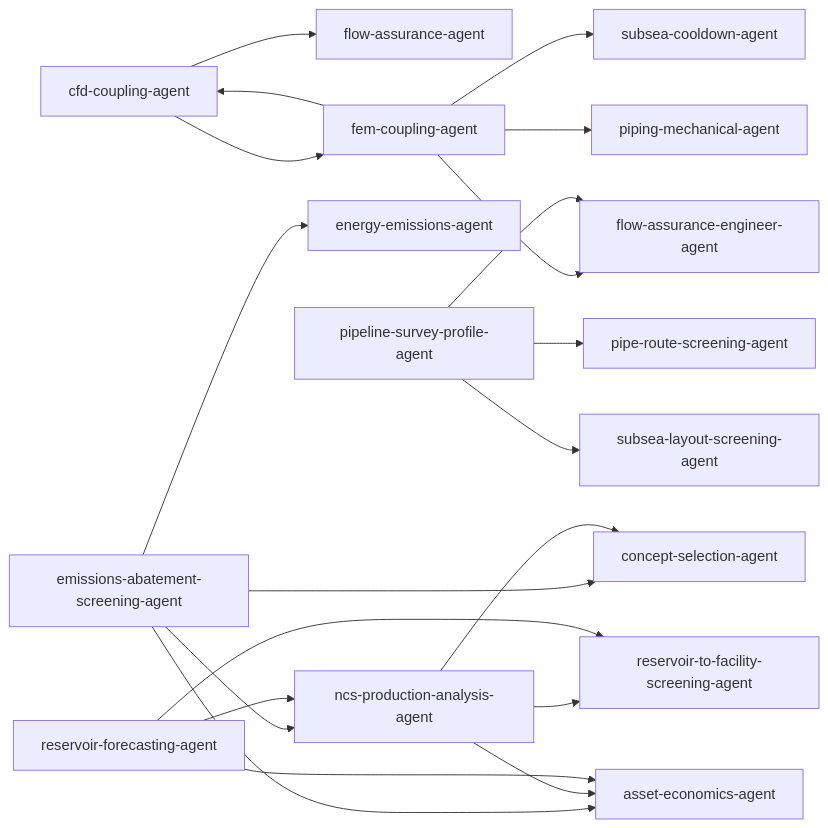
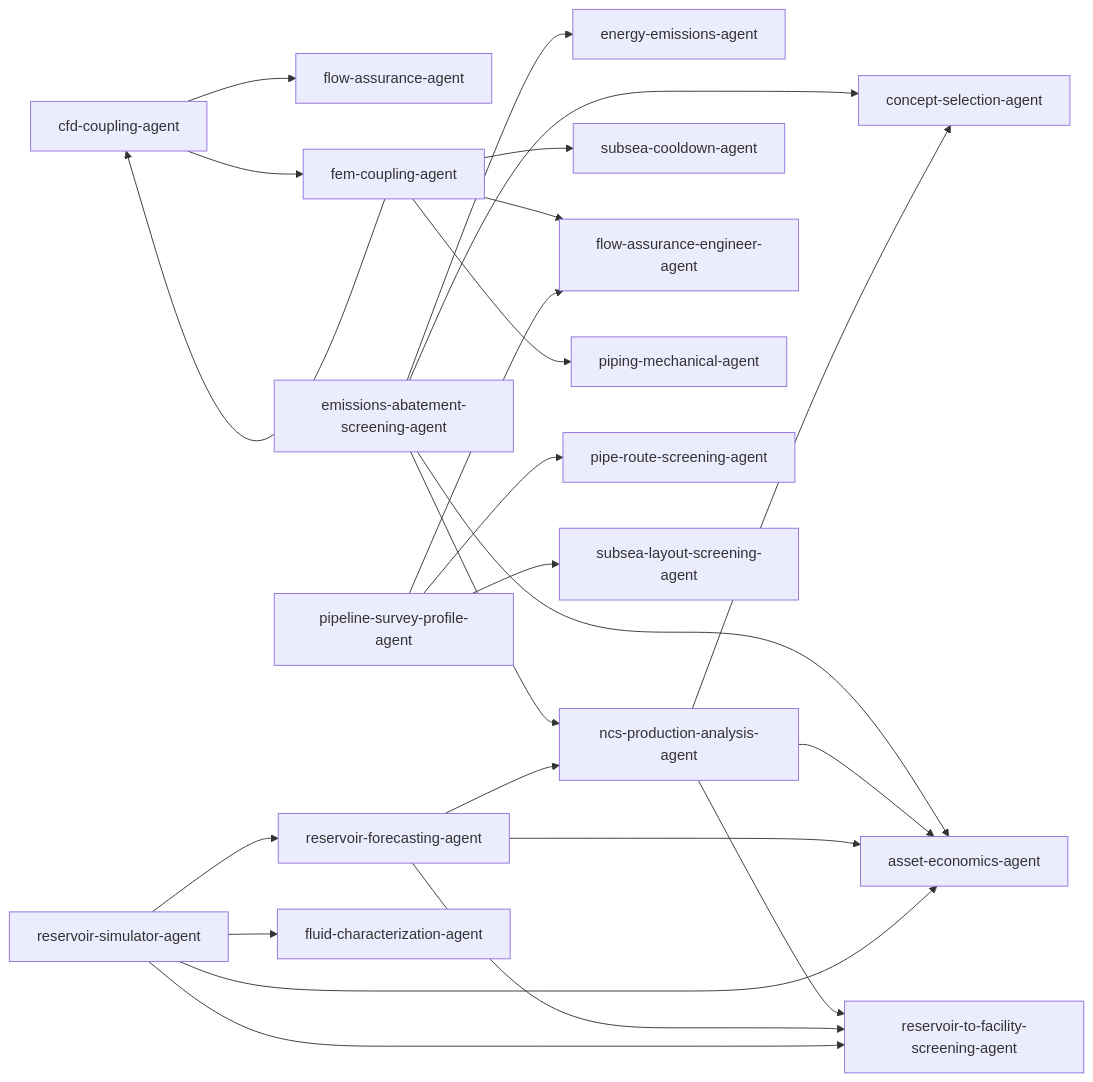
The diagram in docs/ORCHESTRATION_MAP.md (equinor/neqsim-community-agents), drawn with Mermaid before and after one commit. The commit also changed other lines of this file and 9 other files, not shown here.

````diff
--- a/docs/ORCHESTRATION_MAP.md
+++ b/docs/ORCHESTRATION_MAP.md
@@ -58,22 +59,26 @@
 ```mermaid
 graph LR
     cfd_coupling_agent["cfd-coupling-agent"] --> flow_assurance_agent["flow-assurance-agent"]
     cfd_coupling_agent["cfd-coupling-agent"] --> fem_coupling_agent["fem-coupling-agent"]
     emissions_abatement_screening_agent["emissions-abatement-screening-agent"] --> energy_emissions_agent["energy-emissions-agent"]
     emissions_abatement_screening_agent["emissions-abatement-screening-agent"] --> ncs_production_analysis_agent["ncs-production-analysis-agent"]
     emissions_abatement_screening_agent["emissions-abatement-screening-agent"] --> concept_selection_agent["concept-selection-agent"]
     emissions_abatement_screening_agent["emissions-abatement-screening-agent"] --> asset_economics_agent["asset-economics-agent"]
     fem_coupling_agent["fem-coupling-agent"] --> cfd_coupling_agent["cfd-coupling-agent"]
     fem_coupling_agent["fem-coupling-agent"] --> subsea_cooldown_agent["subsea-cooldown-agent"]
     fem_coupling_agent["fem-coupling-agent"] --> flow_assurance_engineer_agent["flow-assurance-engineer-agent"]
     fem_coupling_agent["fem-coupling-agent"] --> piping_mechanical_agent["piping-mechanical-agent"]
     ncs_production_analysis_agent["ncs-production-analysis-agent"] --> reservoir_to_facility_screening_agent["reservoir-to-facility-screening-agent"]
     ncs_production_analysis_agent["ncs-production-analysis-agent"] --> concept_selection_agent["concept-selection-agent"]
     ncs_production_analysis_agent["ncs-production-analysis-agent"] --> asset_economics_agent["asset-economics-agent"]
     pipeline_survey_profile_agent["pipeline-survey-profile-agent"] --> pipe_route_screening_agent["pipe-route-screening-agent"]
     pipeline_survey_profile_agent["pipeline-survey-profile-agent"] --> subsea_layout_screening_agent["subsea-layout-screening-agent"]
     pipeline_survey_profile_agent["pipeline-survey-profile-agent"] --> flow_assurance_engineer_agent["flow-assurance-engineer-agent"]
     reservoir_forecasting_agent["reservoir-forecasting-agent"] --> ncs_production_analysis_agent["ncs-production-analysis-agent"]
     reservoir_forecasting_agent["reservoir-forecasting-agent"] --> reservoir_to_facility_screening_agent["reservoir-to-facility-screening-agent"]
     reservoir_forecasting_agent["reservoir-forecasting-agent"] --> asset_economics_agent["asset-economics-agent"]
+    reservoir_simulator_agent["reservoir-simulator-agent"] --> reservoir_forecasting_agent["reservoir-forecasting-agent"]
+    reservoir_simulator_agent["reservoir-simulator-agent"] --> reservoir_to_facility_screening_agent["reservoir-to-facility-screening-agent"]
+    reservoir_simulator_agent["reservoir-simulator-agent"] --> fluid_characterization_agent["fluid-characterization-agent"]
+    reservoir_simulator_agent["reservoir-simulator-agent"] --> asset_economics_agent["asset-economics-agent"]
 ```
````
